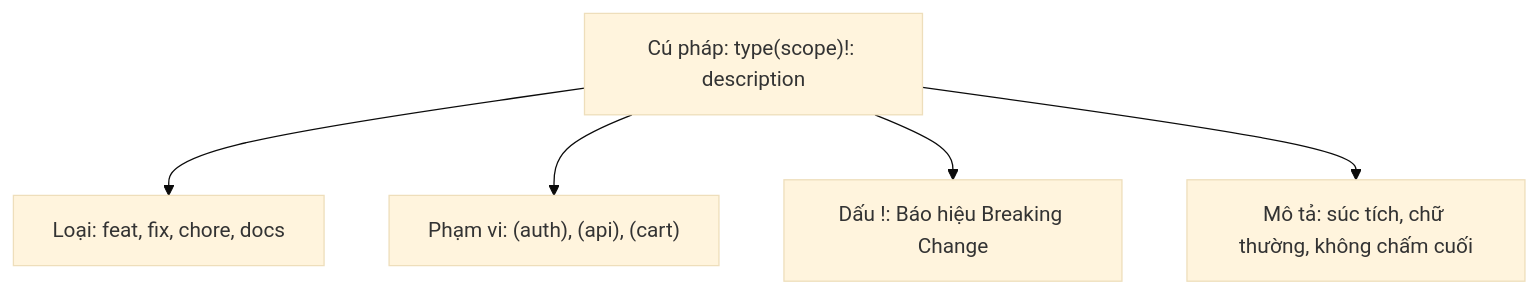
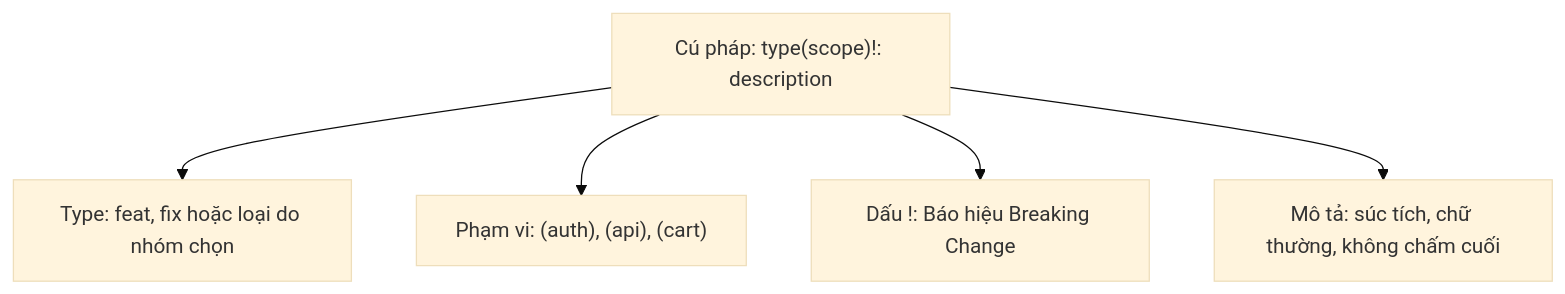
The diagram in courses/06-team-workflows/10-conventional-commits/lesson.md (maitamdev/Git), drawn with Mermaid (base theme) before and after one commit. The commit also changed other lines of this file and 478 other files, not shown here.

````diff
--- a/courses/06-team-workflows/10-conventional-commits/lesson.md
+++ b/courses/06-team-workflows/10-conventional-commits/lesson.md
@@ -35,7 +35,7 @@
 ```mermaid
 flowchart TD
-    Commit["Cú pháp: type(scope)!: description"] --> Type["Loại: feat, fix, chore, docs"]
+    Commit["Cú pháp: type(scope)!: description"] --> Type["Type: feat, fix hoặc loại do nhóm chọn"]
     Commit --> Scope["Phạm vi: (auth), (api), (cart)"]
     Commit --> Bang["Dấu !: Báo hiệu Breaking Change"]
     Commit --> Desc["Mô tả: súc tích, chữ thường, không chấm cuối"]
 ```
````
